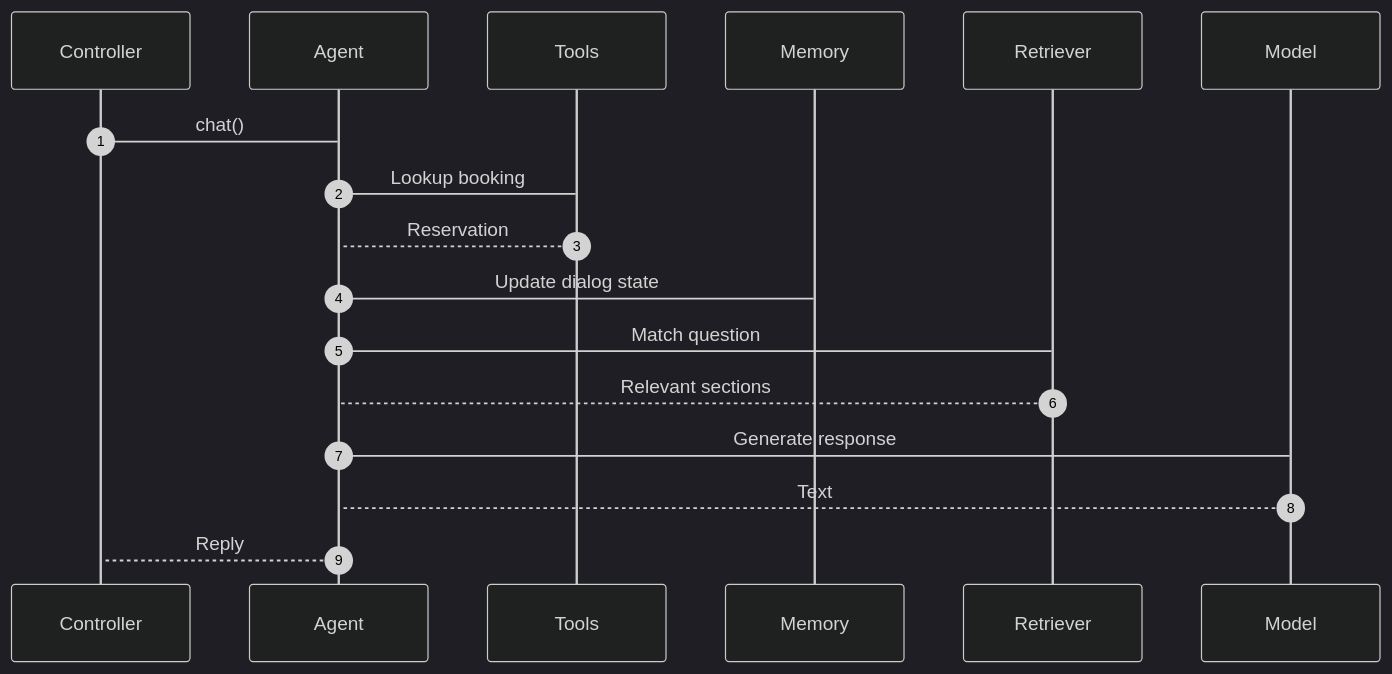
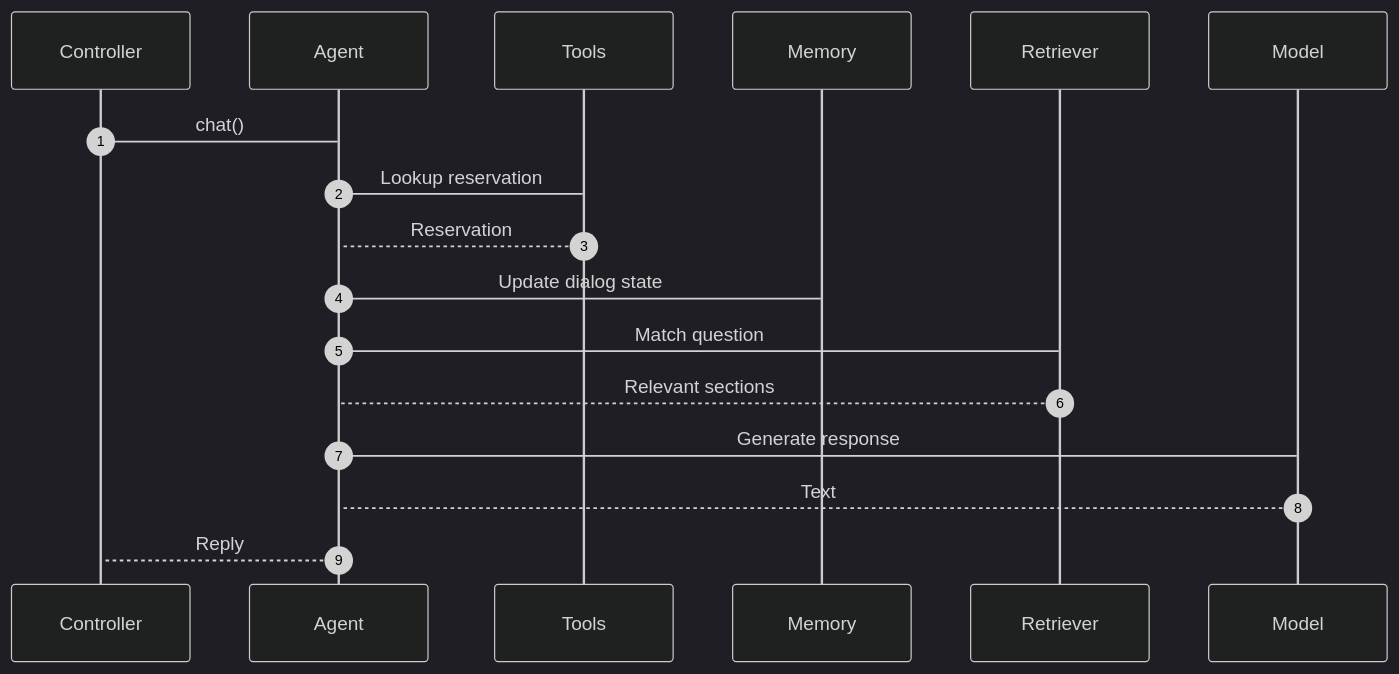
One commit to mgorav/ConversationalAIAssistant changed the third of 5 diagrams in readme.md. Above: the diagram before and after it, drawn with Mermaid (dark theme). The commit also changed other lines of this file, not shown here.

````diff
--- a/readme.md
+++ b/readme.md
@@ -182,22 +182,22 @@
 ```mermaid
 sequenceDiagram
     autonumber
     participant Controller
     participant Agent
     participant Tools
 
     Controller -> Agent: chat()
 
-    Agent -> Tools: Lookup booking
+    Agent -> Tools: Lookup reservation
     Tools --> Agent: Reservation
 
     Agent -> Memory: Update dialog state
 
     Agent -> Retriever: Match question
     Retriever --> Agent: Relevant sections
 
     Agent -> Model: Generate response
     Model --> Agent: Text
 
     Agent --> Controller: Reply
 ```
````
